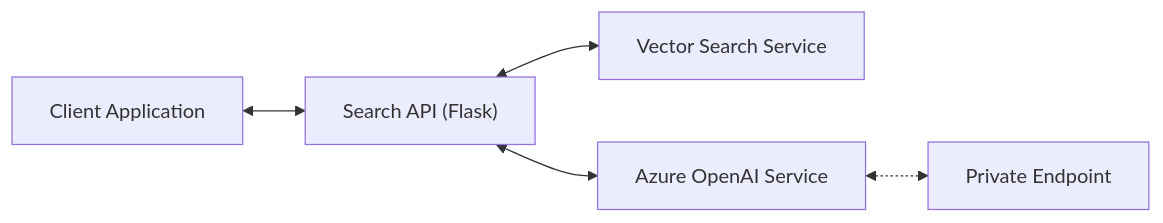
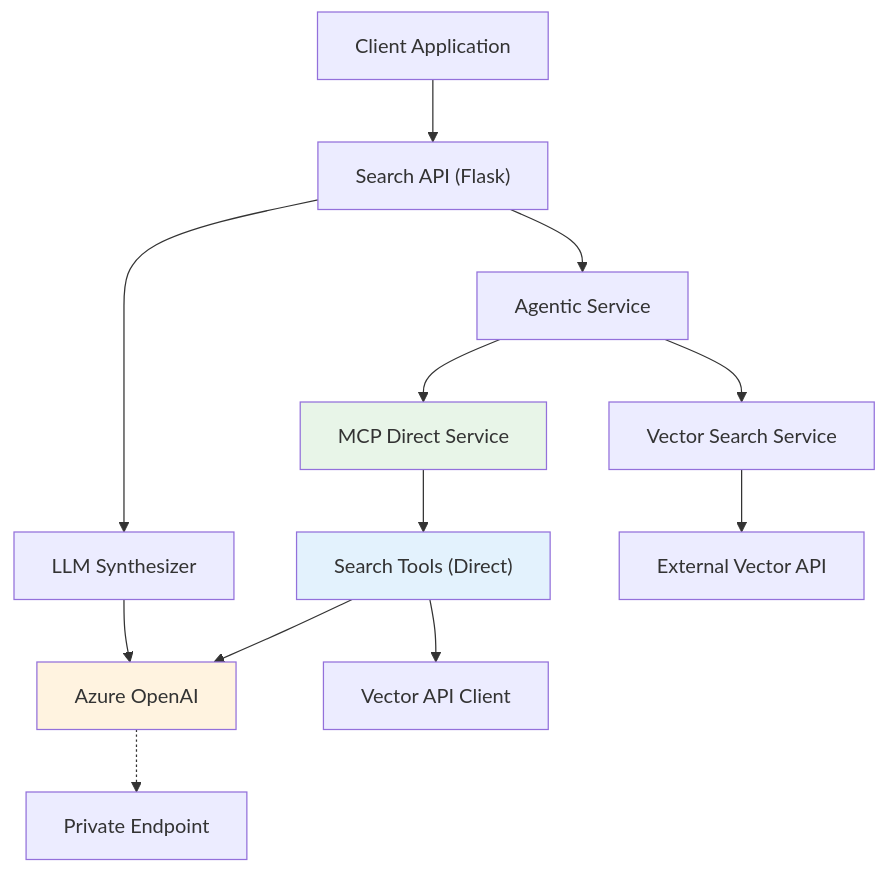
Before and after one commit to bcgov/EPIC.search: the second of 3 diagrams in search-api/DOCUMENTATION.md, drawn with Mermaid. The commit also changed other lines of this file and 74 other files, not shown here.

````diff
--- a/search-api/DOCUMENTATION.md
+++ b/search-api/DOCUMENTATION.md
@@ -31,7 +67,18 @@
 ```mermaid
-flowchart LR
-    Client["Client Application"] <--> SearchAPI["Search API (Flask)"]
-    SearchAPI <--> VectorSearch["Vector Search Service"]
-    SearchAPI <--> AzureOpenAI["Azure OpenAI Service"]
-    AzureOpenAI <-.-> PrivateEndpoint["Private Endpoint"]
+flowchart TD
+    Client["Client Application"] --> SearchAPI["Search API (Flask)"]
+    SearchAPI --> AgenticService["Agentic Service"] 
+    AgenticService --> MCPDirect["MCP Direct Service"]
+    MCPDirect --> SearchTools["Search Tools (Direct)"]
+    SearchTools --> AzureOpenAI["Azure OpenAI"]
+    SearchTools --> VectorClient["Vector API Client"]
+    AgenticService --> VectorSearch["Vector Search Service"]
+    SearchAPI --> Synthesizer["LLM Synthesizer"]
+    Synthesizer --> AzureOpenAI
+    VectorSearch --> ExternalVector["External Vector API"]
+    AzureOpenAI -.-> PrivateEndpoint["Private Endpoint"]
+    
+    style AzureOpenAI fill:#fff3e0
+    style MCPDirect fill:#e8f5e8
+    style SearchTools fill:#e3f2fd
 ```
````
